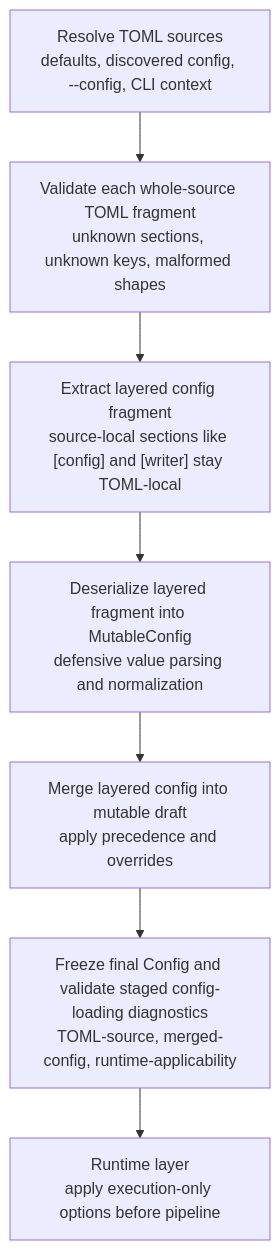
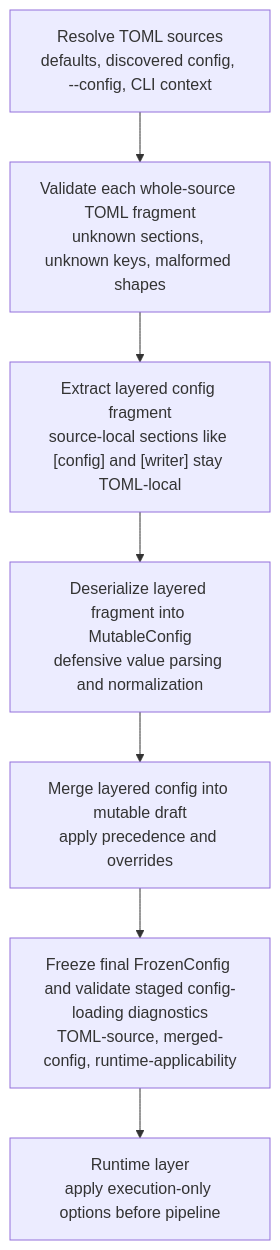
Before and after one commit to shutterfreak/topmark: the diagram in docs/dev/architecture.md, drawn with Mermaid. The commit also changed other lines of this file and 44 other files, not shown here.

````diff
--- a/docs/dev/architecture.md
+++ b/docs/dev/architecture.md
@@ -40,12 +54,12 @@
 ```mermaid
 flowchart TD
     A["Resolve TOML sources<br/>defaults, discovered config, --config, CLI context"]
     B["Validate each whole-source TOML fragment<br/>unknown sections, unknown keys, malformed shapes"]
     C["Extract layered config fragment<br/>source-local sections like [config] and [writer] stay TOML-local"]
     D["Deserialize layered fragment into MutableConfig<br/>defensive value parsing and normalization"]
     E["Merge layered config into mutable draft<br/>apply precedence and overrides"]
-    F["Freeze final Config and validate staged config-loading diagnostics<br/>TOML-source, merged-config, runtime-applicability"]
+    F["Freeze final FrozenConfig and validate staged config-loading diagnostics<br/>TOML-source, merged-config, runtime-applicability"]
     G["Runtime layer<br/>apply execution-only options before pipeline"]
 
     A --> B --> C --> D --> E --> F --> G
 ```
````
